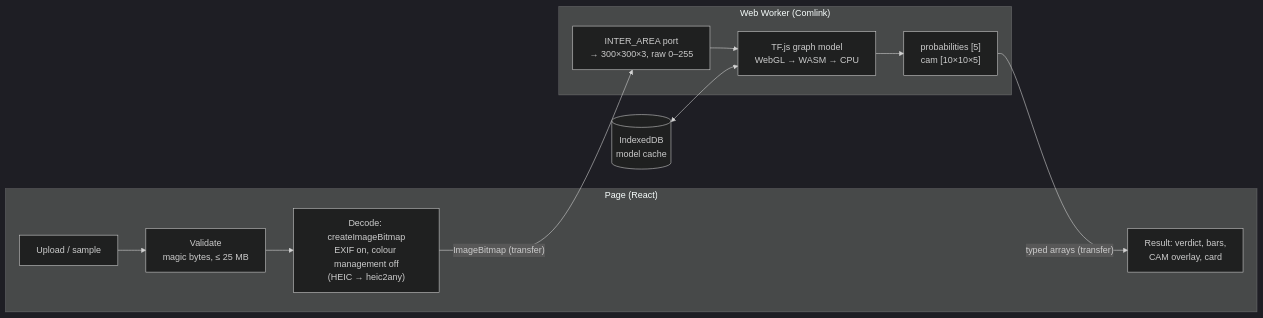
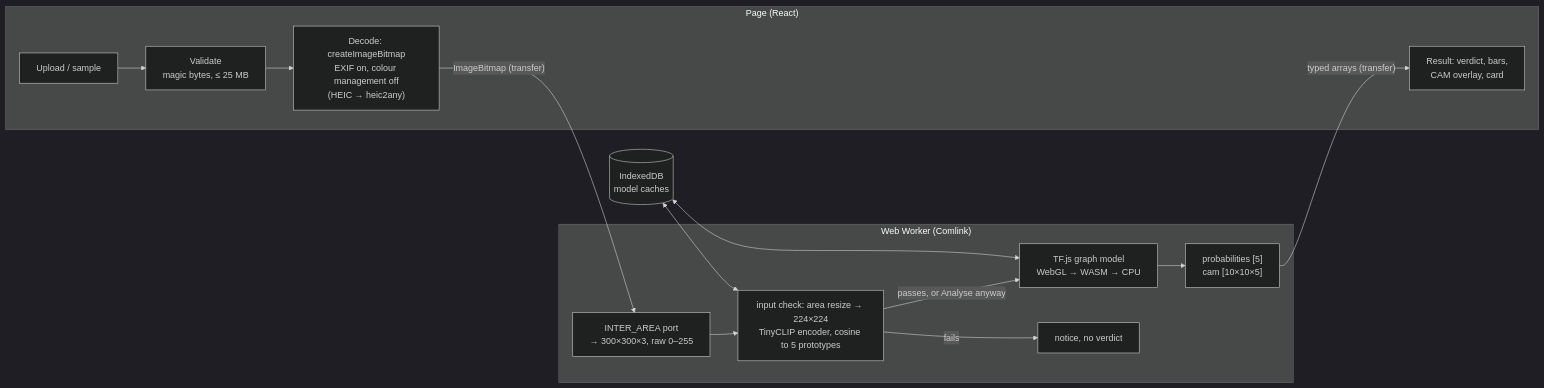
The second of 2 diagrams in README.md (peerzadarabet1807/saffron-adulteration-detection), drawn with Mermaid (dark theme) before and after one commit. The commit also changed other lines of this file and 289 other files, not shown here.

First line of the commit message:
feat: input check before the classifier (TinyCLIP image prototypes) (#1)

````diff
--- a/README.md
+++ b/README.md
@@ -340,15 +417,18 @@
 ```mermaid
 flowchart LR
   subgraph Page["Page (React)"]
     U["Upload / sample"] --> V["Validate<br/>magic bytes, ≤ 25 MB"]
     V --> D["Decode: createImageBitmap<br/>EXIF on, colour management off<br/>(HEIC → heic2any)"]
     R["Result: verdict, bars,<br/>CAM overlay, card"]
   end
   subgraph W["Web Worker (Comlink)"]
-    P["INTER_AREA port<br/>→ 300×300×3, raw 0–255"] --> M["TF.js graph model<br/>WebGL → WASM → CPU"]
+    P["INTER_AREA port<br/>→ 300×300×3, raw 0–255"] --> G["input check: area resize → 224×224<br/>TinyCLIP encoder, cosine to 5 prototypes"]
+    G -- "passes, or Analyse anyway" --> M["TF.js graph model<br/>WebGL → WASM → CPU"]
     M --> O["probabilities [5]<br/>cam [10×10×5]"]
+    G -- "fails" --> N["notice, no verdict"]
   end
   D -- "ImageBitmap (transfer)" --> P
   O -- "typed arrays (transfer)" --> R
-  C[("IndexedDB<br/>model cache")] <--> M
+  C[("IndexedDB<br/>model caches")] <--> M
+  C <--> G
 ```
````
